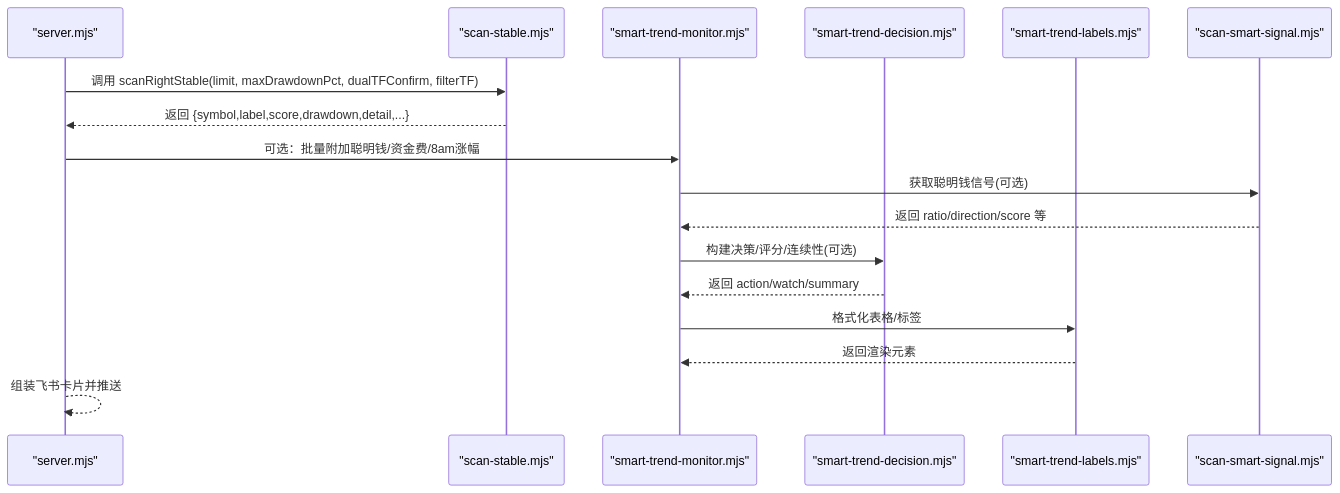
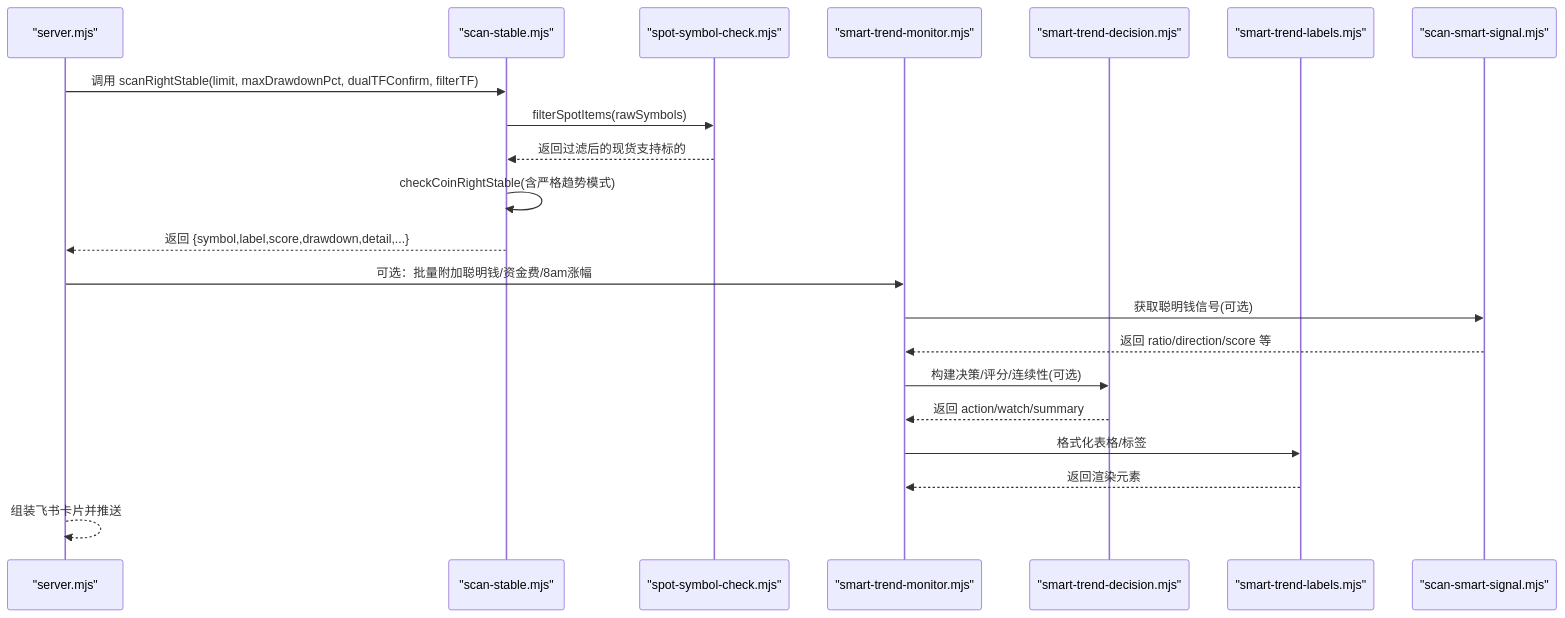
One commit to kekexilinan/BinaceSmart changed the second of 8 diagrams in .qoder/repowiki/zh/content/核心功能模块/稳趋势扫描策略.md. Above: the diagram before and after it, drawn with Mermaid. The commit also changed other lines of this file and 63 other files, not shown here.

````diff
--- a/.qoder/repowiki/zh/content/核心功能模块/稳趋势扫描策略.md
+++ b/.qoder/repowiki/zh/content/核心功能模块/稳趋势扫描策略.md
@@ -83,19 +101,23 @@
 ```mermaid
 sequenceDiagram
 participant S as "server.mjs"
 participant ST as "scan-stable.mjs"
+participant SV as "spot-symbol-check.mjs"
 participant M as "smart-trend-monitor.mjs"
 participant D as "smart-trend-decision.mjs"
 participant L as "smart-trend-labels.mjs"
 participant SS as "scan-smart-signal.mjs"
 S->>ST : 调用 scanRightStable(limit, maxDrawdownPct, dualTFConfirm, filterTF)
+ST->>SV : filterSpotItems(rawSymbols)
+SV-->>ST : 返回过滤后的现货支持标的
+ST->>ST : checkCoinRightStable(含严格趋势模式)
 ST-->>S : 返回 {symbol,label,score,drawdown,detail,...}
 S->>M : 可选：批量附加聪明钱/资金费/8am涨幅
 M->>SS : 获取聪明钱信号(可选)
 SS-->>M : 返回 ratio/direction/score 等
 M->>D : 构建决策/评分/连续性(可选)
 D-->>M : 返回 action/watch/summary
 M->>L : 格式化表格/标签
 L-->>M : 返回渲染元素
 S-->>S : 组装飞书卡片并推送
 ```
````
